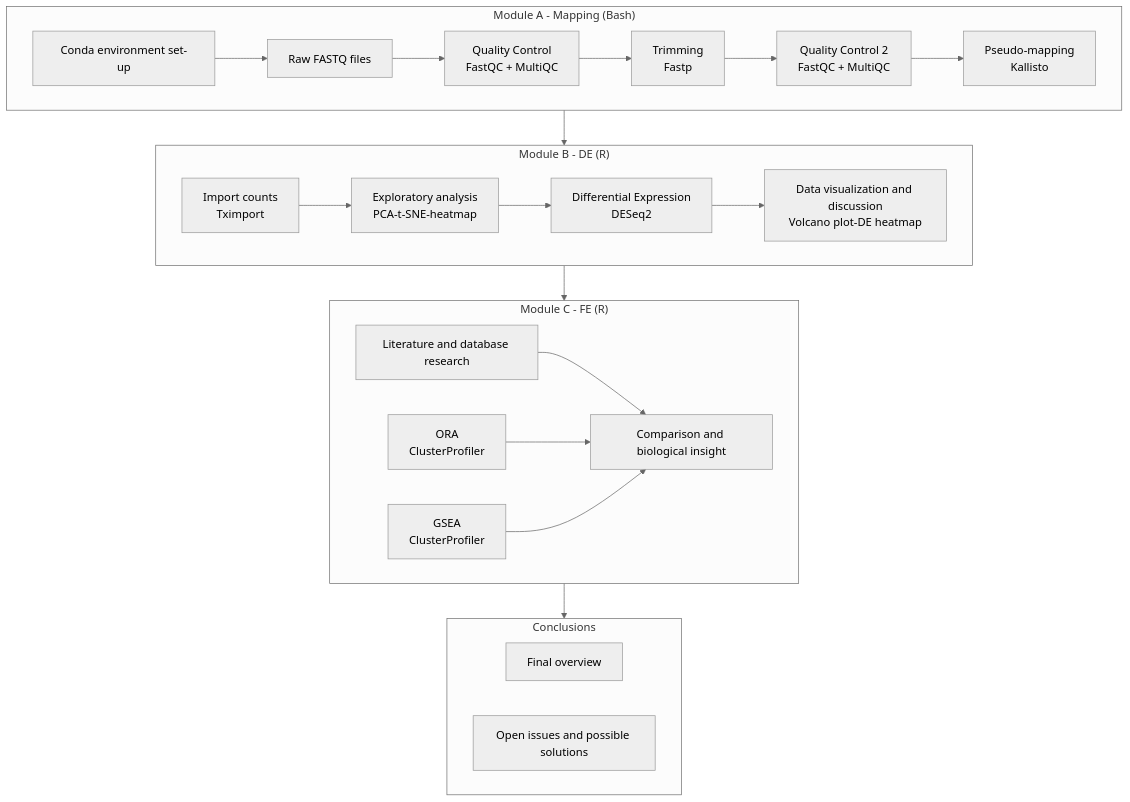
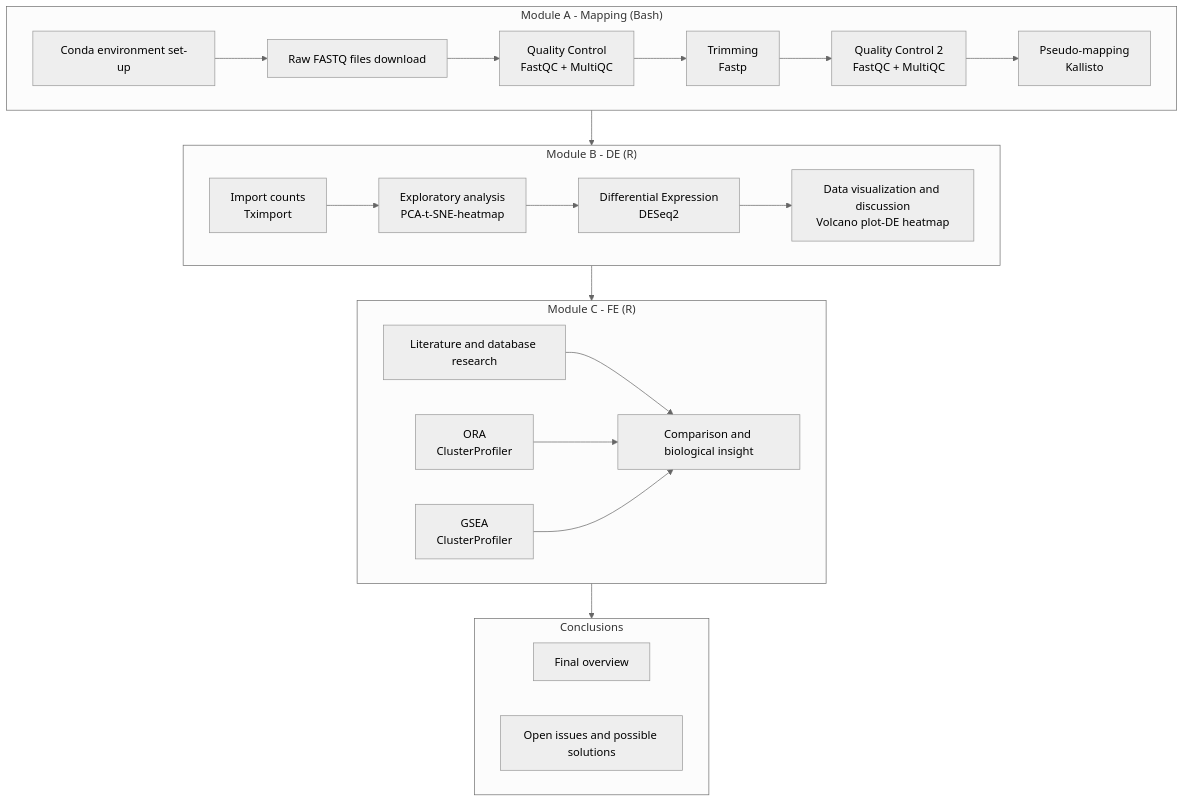
Before and after one commit to pierpaolo-cantisani/RNASeq-with-Insights: the diagram in README.md, drawn with Mermaid (neutral theme).

````diff
--- a/README.md
+++ b/README.md
@@ -18,36 +18,36 @@
 ```mermaid
 flowchart TD
     subgraph A["Module A - Mapping (Bash)"]
-        A1[Conda environment set-up] --> A2[Raw FASTQ files]
+        A1[Conda environment set-up] --> A2[Raw FASTQ files download]
         A2 --> A3[Quality Control<br/>FastQC + MultiQC]
         A3 --> A4[Trimming<br/>Fastp]
         A4 --> A5[Quality Control 2<br/>FastQC + MultiQC]
         A5 --> A6[Pseudo-mapping<br/>Kallisto]
     end
 
     subgraph B["Module B - DE (R)"]
         B1[Import counts<br/>Tximport] --> B2[Exploratory analysis<br/>PCA-t-SNE-heatmap]
         B2 --> B3[Differential Expression<br/>DESeq2]
         B3 --> B4[Data visualization and discussion<br/>Volcano plot-DE heatmap]
       
     end
 
     subgraph C["Module C - FE (R)"]
         C1[Literature and database research]
         C2[ORA<br/>ClusterProfiler]
         C3[GSEA<br/>ClusterProfiler]
         C4[Comparison and biological insight]
     end
 
     subgraph D["Conclusions"]
         D1[Final overview]
         D2[Open issues and possible solutions]
     end
 
     A --> B
     B --> C
     C --> D
     C1 --> C4
     C2 --> C4
     C3 --> C4
 ```
````
